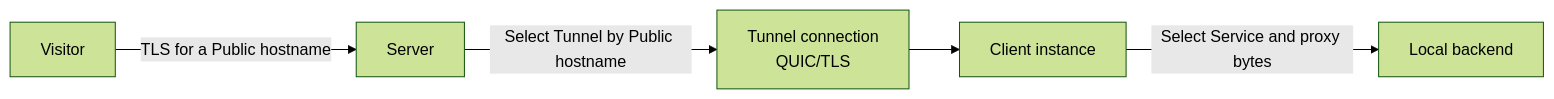
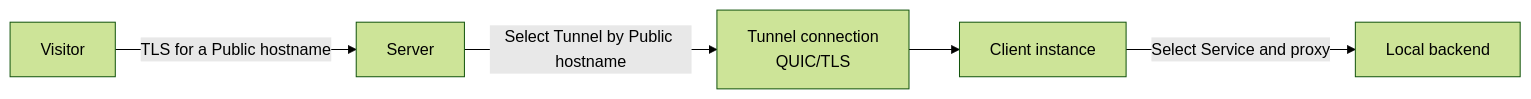
Before and after one commit to runewarp/runewarp: the diagram in docs/architecture.md, drawn with Mermaid (forest theme). The commit also changed other lines of this file and 18 other files, not shown here.

````diff
--- a/docs/architecture.md
+++ b/docs/architecture.md
@@ -26,7 +26,7 @@
 ```mermaid
 flowchart LR
     V[Visitor] -->|"TLS for a Public hostname"| S[Server]
     S -->|"Select Tunnel by Public hostname"| T["Tunnel connection<br/>QUIC/TLS"]
     T --> C[Client instance]
-    C -->|"Select Service and proxy bytes"| B[Local backend]
+    C -->|"Select Service and proxy"| B[Local backend]
 ```
````
